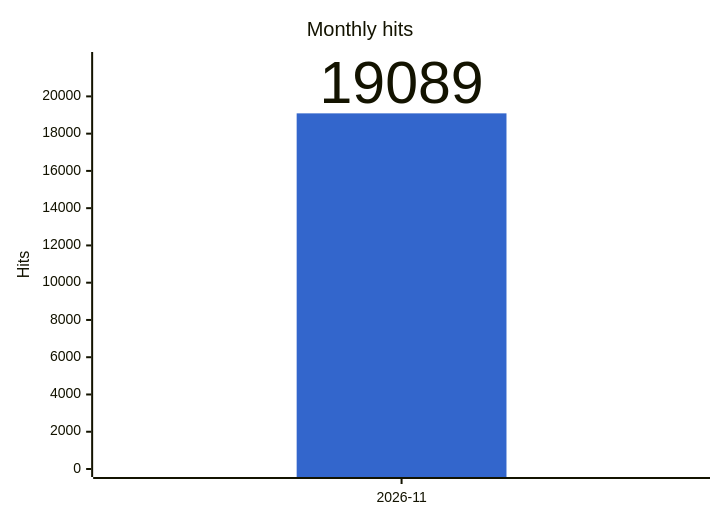
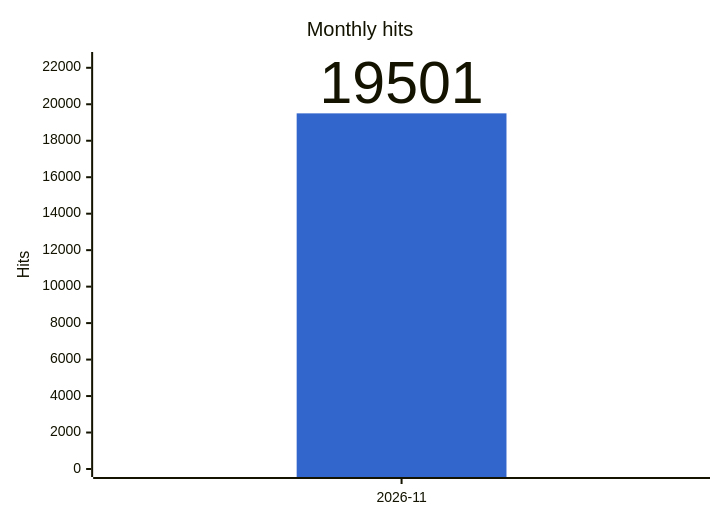
One commit to gmoulard/wikipedia2book changed the fourth of 4 diagrams in docs/stats.md. Above: the diagram before and after it, drawn with Mermaid. The commit also changed other lines of this file and 3 other files, not shown here.

````diff
--- a/docs/stats.md
+++ b/docs/stats.md
@@ -54,8 +54,8 @@
 ```mermaid
 %%{init: {"xyChart": {"width": 700, "showDataLabel": true, "showDataLabelOutsideBar": true}, "themeVariables": {"xyChart": {"plotColorPalette": "#3366cc"}}}}%%
 xychart-beta
     title "Monthly hits"
     x-axis ["2026-11"]
-    y-axis "Hits" 0 --> 21953
-    bar [19089]
+    y-axis "Hits" 0 --> 22427
+    bar [19501]
 ```
````
